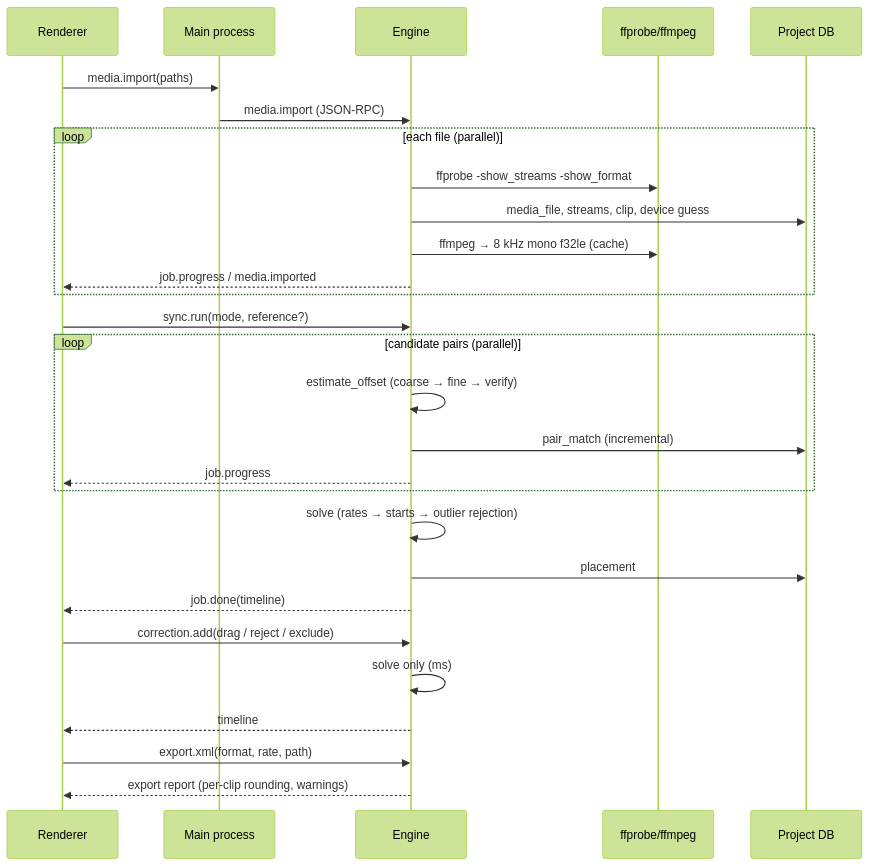
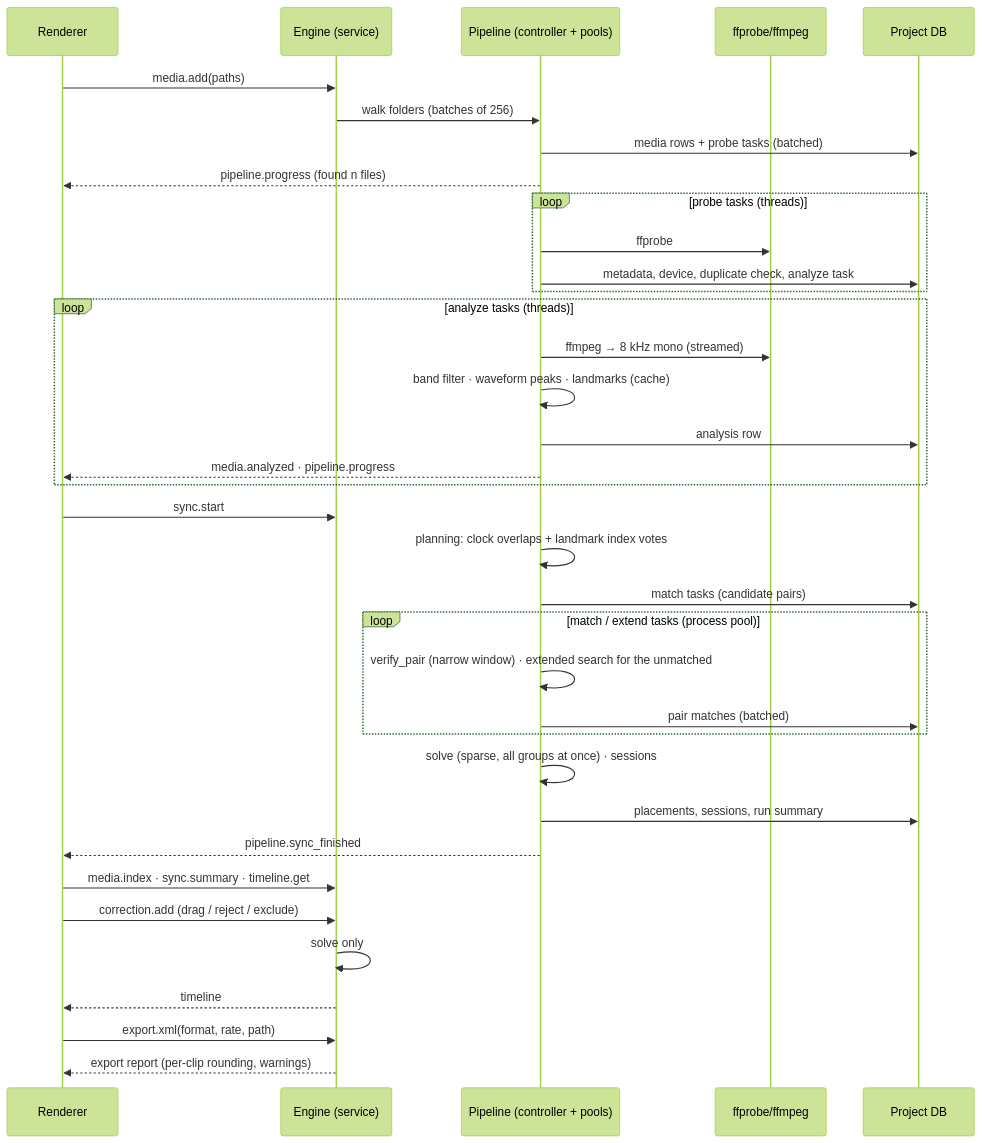
Before and after one commit to ZABRONMGAYA/ZABRONMGAYA: the second of 2 diagrams in docs/ARCHITECTURE.md, drawn with Mermaid (forest theme). The commit also changed other lines of this file and 13 other files, not shown here.

````diff
--- a/docs/ARCHITECTURE.md
+++ b/docs/ARCHITECTURE.md
@@ -93,31 +108,39 @@
 ```mermaid
 sequenceDiagram
     participant UI as Renderer
-    participant Main as Main process
-    participant Eng as Engine
+    participant Eng as Engine (service)
+    participant P as Pipeline (controller + pools)
     participant FF as ffprobe/ffmpeg
     participant DB as Project DB
 
-    UI->>Main: media.import(paths)
-    Main->>Eng: media.import (JSON-RPC)
-    loop each file (parallel)
-        Eng->>FF: ffprobe -show_streams -show_format
-        Eng->>DB: media_file, streams, clip, device guess
-        Eng->>FF: ffmpeg → 8 kHz mono f32le (cache)
-        Eng-->>UI: job.progress / media.imported
+    UI->>Eng: media.add(paths)
+    Eng->>P: walk folders (batches of 256)
+    P->>DB: media rows + probe tasks (batched)
+    P-->>UI: pipeline.progress (found n files)
+    loop probe tasks (threads)
+        P->>FF: ffprobe
+        P->>DB: metadata, device, duplicate check, analyze task
     end
-    UI->>Eng: sync.run(mode, reference?)
-    loop candidate pairs (parallel)
-        Eng->>Eng: estimate_offset (coarse → fine → verify)
-        Eng->>DB: pair_match (incremental)
-        Eng-->>UI: job.progress
+    loop analyze tasks (threads)
+        P->>FF: ffmpeg → 8 kHz mono (streamed)
+        P->>P: band filter · waveform peaks · landmarks (cache)
+        P->>DB: analysis row
+        P-->>UI: media.analyzed · pipeline.progress
     end
-    Eng->>Eng: solve (rates → starts → outlier rejection)
-    Eng->>DB: placement
-    Eng-->>UI: job.done(timeline)
-    UI->>Eng: correction.add(drag / reject / exclude)
-    Eng->>Eng: solve only (ms)
+    UI->>Eng: sync.start
+    P->>P: planning: clock overlaps + landmark index votes
+    P->>DB: match tasks (candidate pairs)
+    loop match / extend tasks (process pool)
+        P->>P: verify_pair (narrow window) · extended search for the unmatched
+        P->>DB: pair matches (batched)
+    end
+    P->>P: solve (sparse, all groups at once) · sessions
+    P->>DB: placements, sessions, run summary
+    P-->>UI: pipeline.sync_finished
+    UI->>Eng: media.index · sync.summary · timeline.get
+    UI->>Eng: correction.add (drag / reject / exclude)
+    Eng->>Eng: solve only
     Eng-->>UI: timeline
     UI->>Eng: export.xml(format, rate, path)
     Eng-->>UI: export report (per-clip rounding, warnings)
 ```
````
